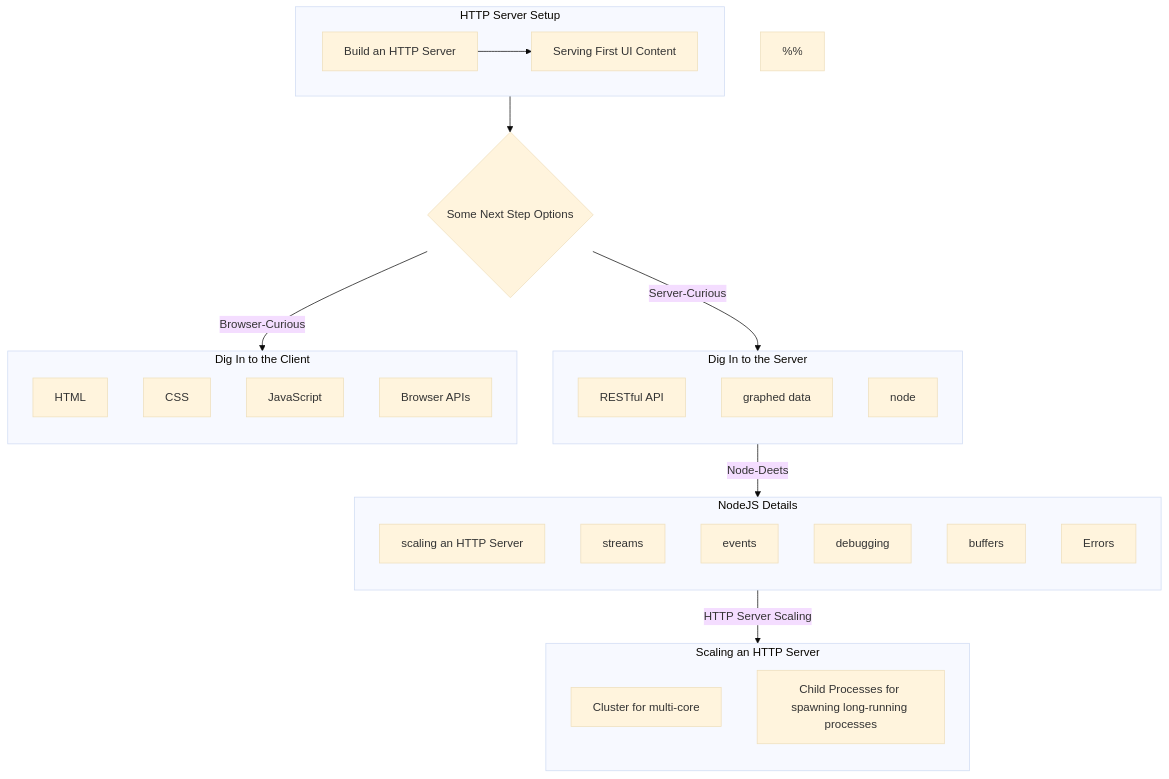
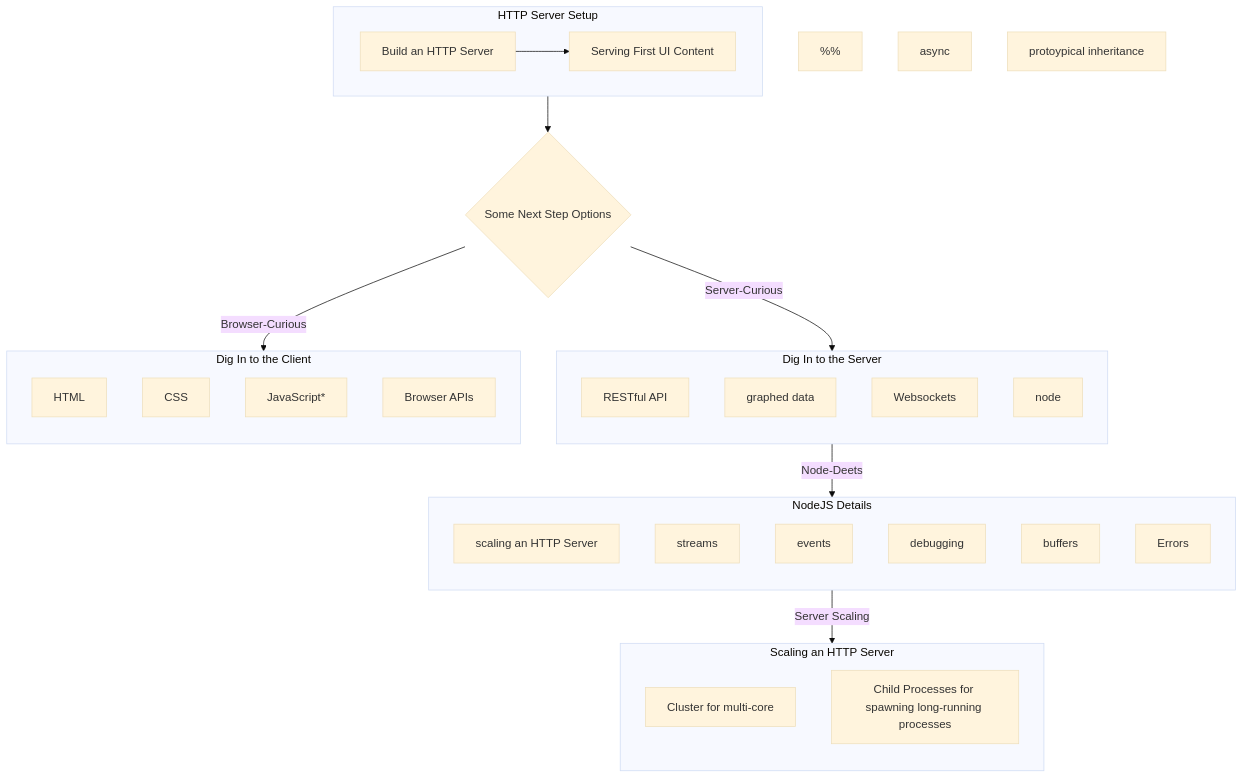
Before and after one commit to imagineLife/big-site: the diagram in src/pages/a-web-first-path.mdx, drawn with Mermaid (base theme). The commit also changed other lines of this file, not shown here.

````diff
--- a/src/pages/a-web-first-path.mdx
+++ b/src/pages/a-web-first-path.mdx
@@ -69,6 +37,7 @@
 %% server nodes
   REST-API[RESTful API];
   GRAPH-DATA[graphed data];
+  WEBSOCKETS[Websockets];
   NODE[node];
 
 %% nodeJS nodes
@@ -89,14 +58,18 @@
 %% client nodes
   HTML[HTML]
   CSS[CSS]
-  JS[JavaScript]
+  JS[JavaScript*]
   BROWSER-APIS[Browser APIs]
+
+%% JS nodes
+  ASYNC[async]
+  INHER[protoypical inheritance]
 
 
 %%  HTTP server sub-graph
 
   subgraph HTTP_SERVER_SETUP[HTTP Server Setup]
-    direction LR
+    direction LR;
     HTTPSERVER --> FIRSTUI;
   end;
 
@@ -113,6 +86,7 @@
     direction TB;
     REST-API;
     GRAPH-DATA;
+    WEBSOCKETS;
     NODE;
   end;
 
@@ -126,15 +100,15 @@
   end;
 
 %% Node Sub-Categories
-  subgraph NODE-SUBGRAPH[NodeJS Details]
-      direction TB;
+  subgraph NODE-SUBGRAPH[NodeJS Details];
+    direction TB;
       SCALING-NODE;
       STREAMS;
       EVENTS;
       DEBUGGING;
       BUFFERS;
       ERRORS;
-  end;
+    end;
 
 %% Node Scaling
   subgraph NODE-SCALING-SUBGRAPH[Scaling an HTTP Server]
@@ -156,7 +130,7 @@
   NODE --> |Node-Deets| NODE-SUBGRAPH;
 
   %% NOTE: single-node-to-section
-  SCALING-NODE --> |HTTP Server Scaling| NODE-SCALING-SUBGRAPH;
+  SCALING-NODE --> |Server Scaling| NODE-SCALING-SUBGRAPH;
 
 
 ```
````
